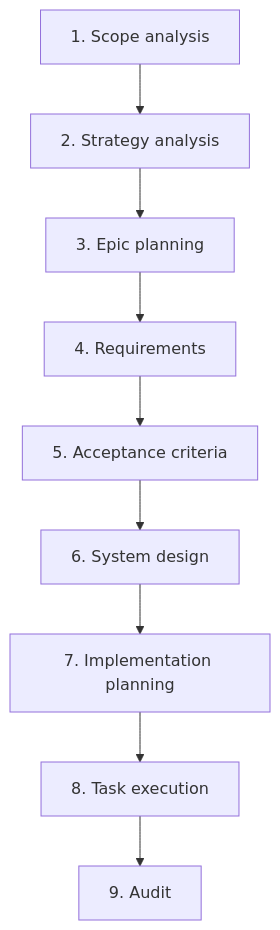
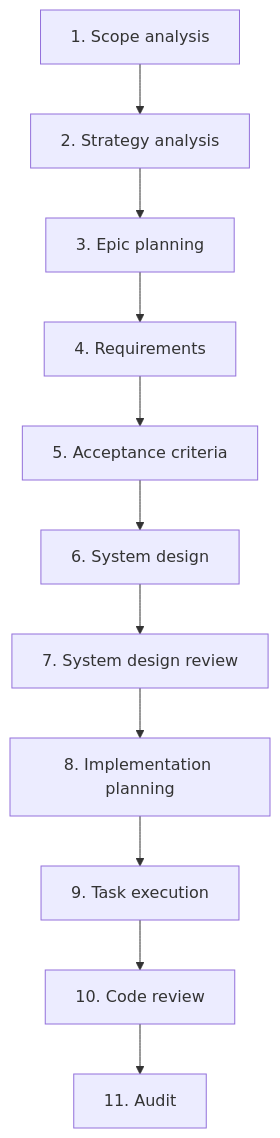
Before and after one commit to asubbot/personal-assistant: the first of 2 diagrams in ai-sdlc/specification/pipeline.spec.md, drawn with Mermaid. The commit also changed other lines of this file and 31 other files, not shown here.

````diff
--- a/ai-sdlc/specification/pipeline.spec.md
+++ b/ai-sdlc/specification/pipeline.spec.md
@@ -18,13 +18,15 @@
 ```mermaid
 flowchart TB
   A[1. Scope analysis]
   B[2. Strategy analysis]
   C[3. Epic planning]
   D[4. Requirements]
   E[5. Acceptance criteria]
   F[6. System design]
-  G[7. Implementation planning]
-  H[8. Task execution]
-  I[9. Audit]
-  A --> B --> C --> D --> E --> F --> G --> H --> I
+  G[7. System design review]
+  H[8. Implementation planning]
+  I[9. Task execution]
+  J[10. Code review]
+  K[11. Audit]
+  A --> B --> C --> D --> E --> F --> G --> H --> I --> J --> K
 ```
````
